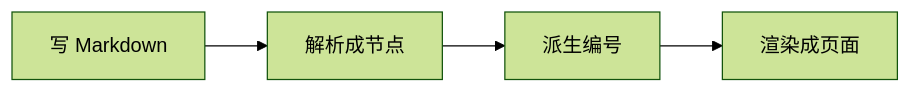
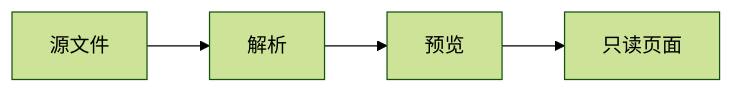
Before and after one commit to emacs-taf/etaf-md: the second of 29 diagrams in examples/all-syntax.markdown, drawn with Mermaid (forest theme). The commit also changed other lines of this file and 1 other file, not shown here.

````diff
--- a/examples/all-syntax.markdown
+++ b/examples/all-syntax.markdown
@@ -839,6 +551,6 @@
 ```mermaid
-flowchart LR
-  A[写 Markdown] --> B[解析成节点]
-  B --> C[派生编号]
-  C --> D[渲染成页面]
+graph LR
+  A[源文件] --> B[解析]
+  B --> C[预览]
+  C --> D[只读页面]
 ```
````
